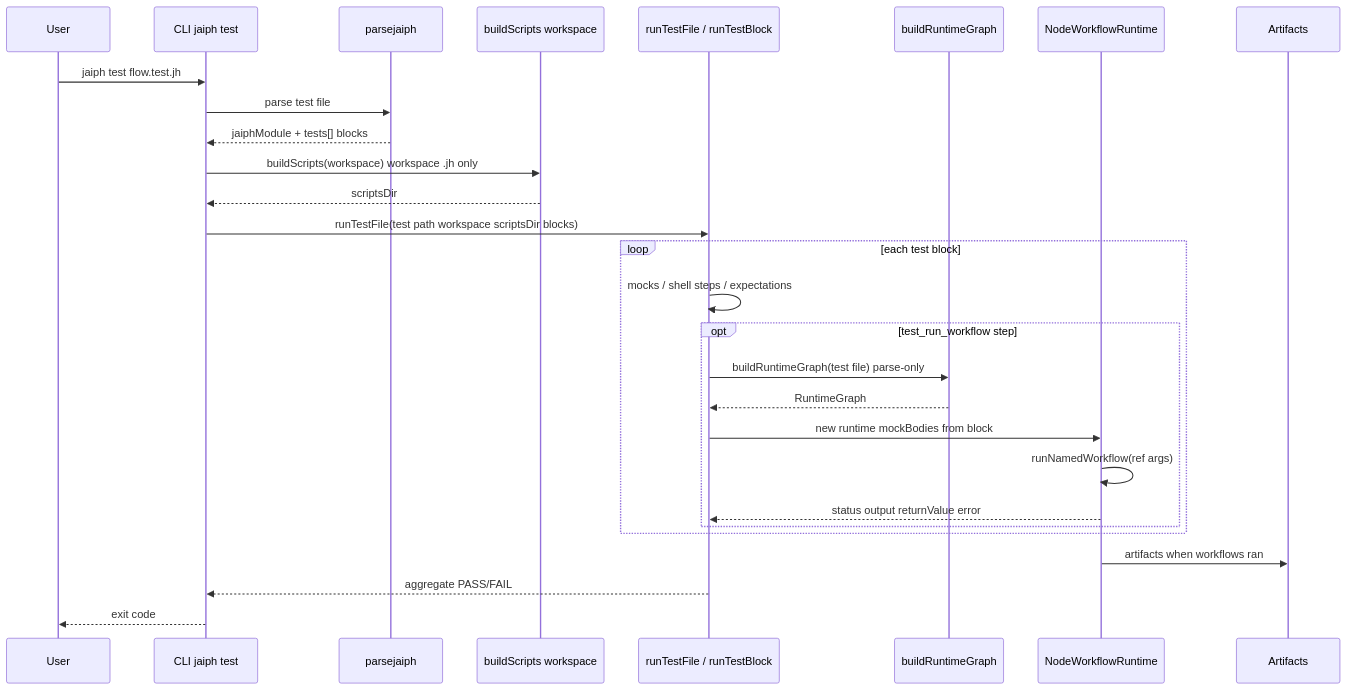
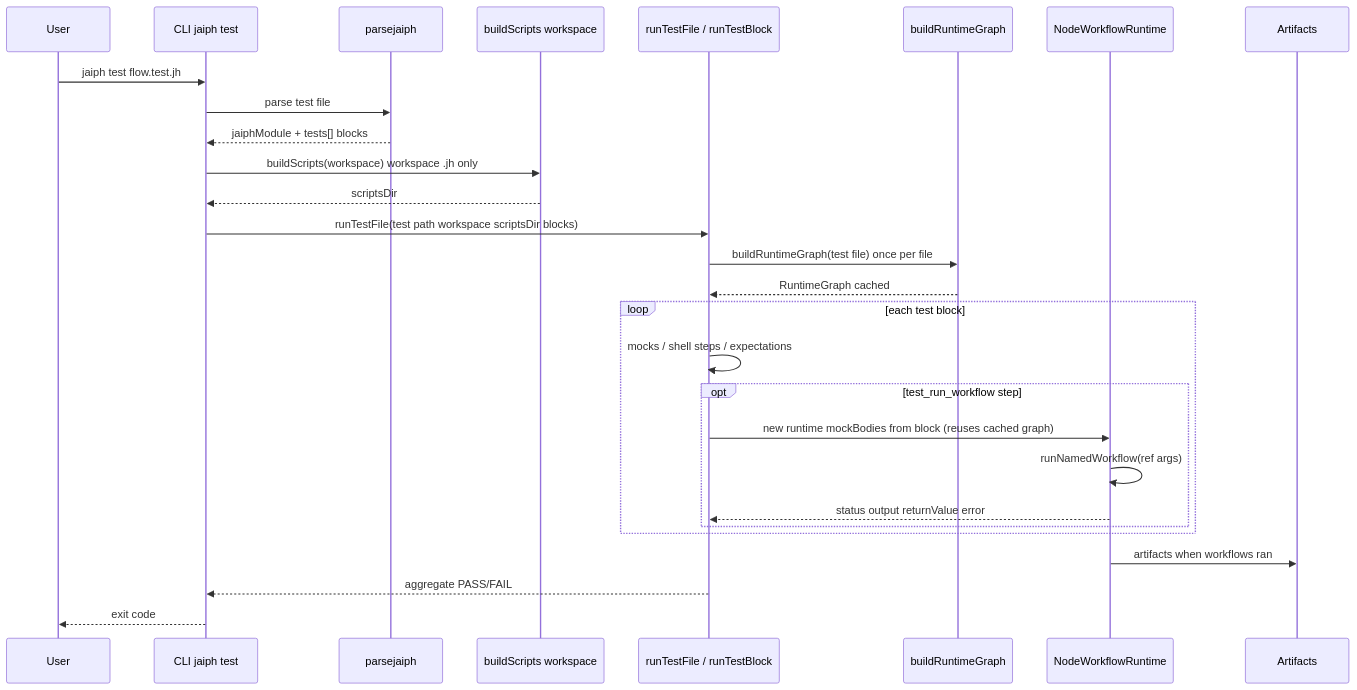
The third of 3 diagrams in ARCHITECTURE.md (jaiphlang/jaiph), drawn with Mermaid before and after one commit. The commit also changed other lines of this file and 5 other files, not shown here.

First line of the commit message:
Refactor: Cache buildRuntimeGraph per test file in jaiph test

````diff
--- a/ARCHITECTURE.md
+++ b/ARCHITECTURE.md
@@ -185,31 +185,31 @@
 ```mermaid
 sequenceDiagram
     participant User
     participant CLI as CLI jaiph test
     participant Parser as parsejaiph
     participant Prep as buildScripts workspace
     participant TestRunner as runTestFile / runTestBlock
     participant Graph as buildRuntimeGraph
     participant Runtime as NodeWorkflowRuntime
     participant Report as Artifacts
 
     User->>CLI: jaiph test flow.test.jh
     CLI->>Parser: parse test file
     Parser-->>CLI: jaiphModule + tests[] blocks
     CLI->>Prep: buildScripts(workspace) workspace .jh only
     Prep-->>CLI: scriptsDir
     CLI->>TestRunner: runTestFile(test path workspace scriptsDir blocks)
+    TestRunner->>Graph: buildRuntimeGraph(test file) once per file
+    Graph-->>TestRunner: RuntimeGraph cached
     loop each test block
         TestRunner->>TestRunner: mocks / shell steps / expectations
         opt test_run_workflow step
-            TestRunner->>Graph: buildRuntimeGraph(test file) parse-only
-            Graph-->>TestRunner: RuntimeGraph
-            TestRunner->>Runtime: new runtime mockBodies from block
+            TestRunner->>Runtime: new runtime mockBodies from block (reuses cached graph)
             Runtime->>Runtime: runNamedWorkflow(ref args)
             Runtime-->>TestRunner: status output returnValue error
         end
     end
     Runtime->>Report: artifacts when workflows ran
     TestRunner-->>CLI: aggregate PASS/FAIL
     CLI-->>User: exit code
 ```
````
